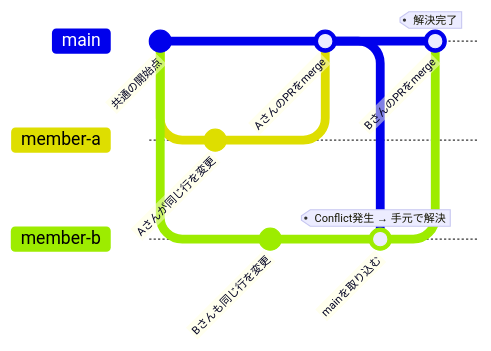
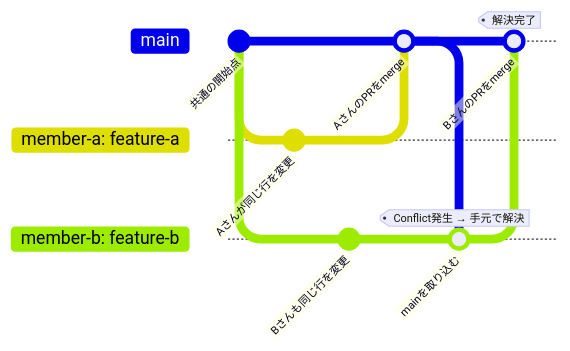
The second of 2 diagrams in 08/stretch.md (TORIFUKUKaiou/rails-dojo-year2-content), drawn with Mermaid before and after one commit. The commit also changed 1 other file, not shown here.

Commit message:
docs: add and refine gitGraph diagrams in lesson 08
- Add PR merge and git pull flow diagram in orientation.md
- Refine branch names in conflict resolution diagram in stretch.md

````diff
--- a/08/stretch.md
+++ b/08/stretch.md
@@ -37,22 +37,22 @@
 ```mermaid
 gitGraph LR:
   commit id: "共通の開始点"
 
-  branch member-a
-  checkout member-a
+  branch "member-a: feature-a"
+  checkout "member-a: feature-a"
   commit id: "Aさんが同じ行を変更"
 
   checkout main
-  branch member-b
-  checkout member-b
+  branch "member-b: feature-b"
+  checkout "member-b: feature-b"
   commit id: "Bさんも同じ行を変更"
 
   checkout main
-  merge member-a id: "AさんのPRをmerge"
+  merge "member-a: feature-a" id: "AさんのPRをmerge"
 
-  checkout member-b
+  checkout "member-b: feature-b"
   merge main id: "mainを取り込む" tag: "Conflict発生 → 手元で解決"
 
   checkout main
-  merge member-b id: "BさんのPRをmerge" tag: "解決完了"
+  merge "member-b: feature-b" id: "BさんのPRをmerge" tag: "解決完了"
 ```
````
